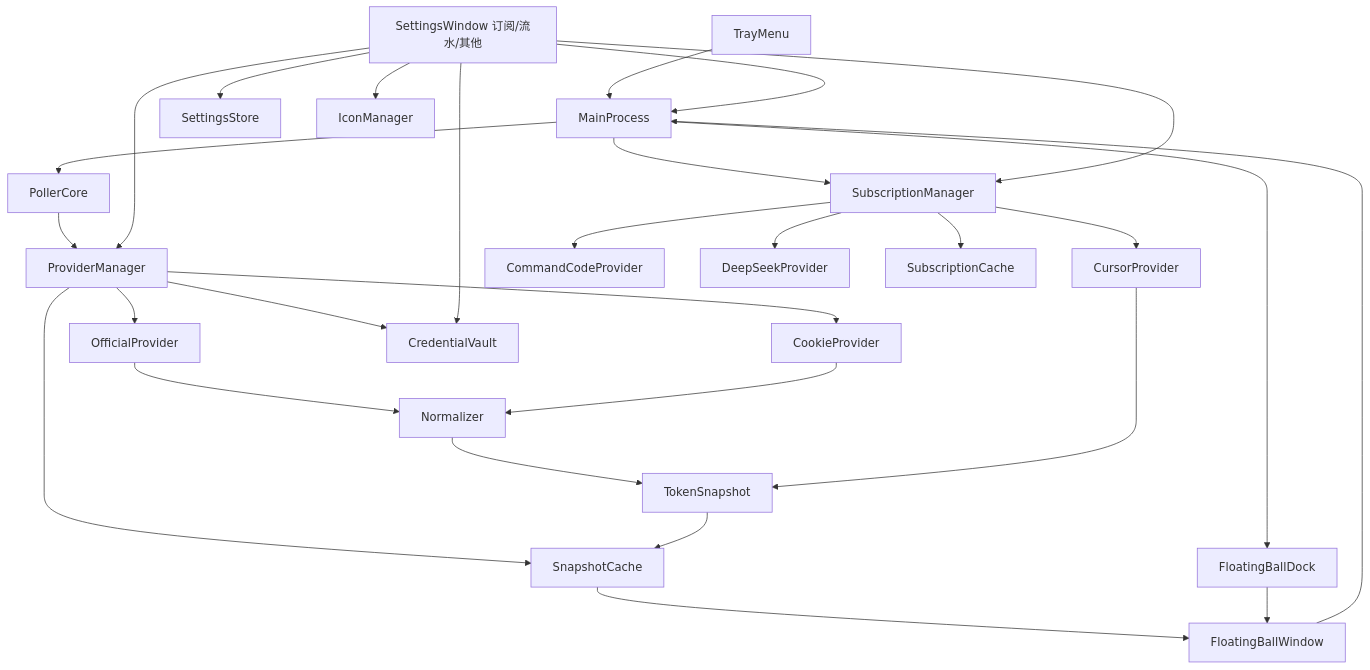
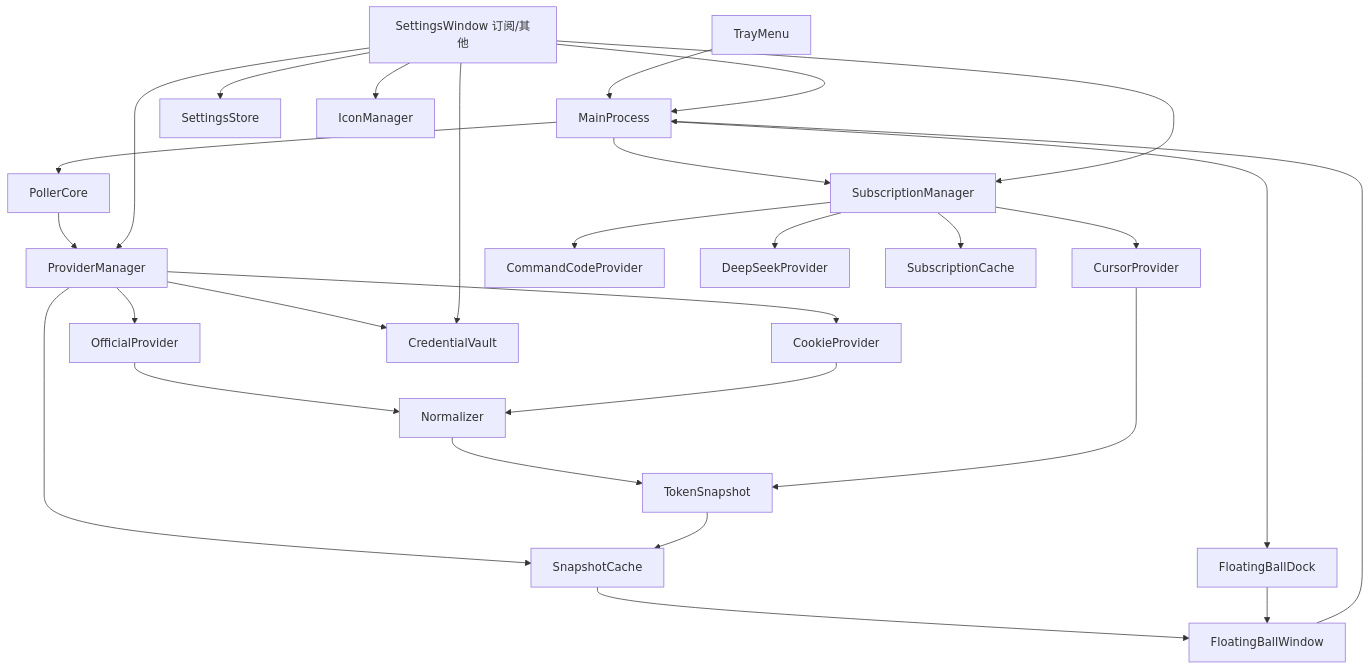
One commit to awaker1996/cursor_monitor changed the diagram in README.md. Above: the diagram before and after it, drawn with Mermaid. The commit also changed other lines of this file and 40 other files, not shown here.

````diff
--- a/README.md
+++ b/README.md
@@ -246,30 +231,30 @@
 ```mermaid
 flowchart TD
     trayMenu[TrayMenu] --> mainProcess[MainProcess]
     floatingBall[FloatingBallWindow] --> mainProcess
-    settingsWindow[SettingsWindow 订阅/流水/其他] --> mainProcess
+    settingsWindow[SettingsWindow 订阅/其他] --> mainProcess
     mainProcess --> pollerCore[PollerCore]
     pollerCore --> providerManager[ProviderManager]
     providerManager --> officialProvider[OfficialProvider]
     providerManager --> cookieProvider[CookieProvider]
     providerManager --> snapshotCache[SnapshotCache]
     officialProvider --> normalizer[Normalizer]
     cookieProvider --> normalizer
     normalizer --> tokenSnapshot[TokenSnapshot]
     tokenSnapshot --> snapshotCache
     snapshotCache --> floatingBall
     mainProcess --> subscriptionManager[SubscriptionManager]
     subscriptionManager --> cursorProvider[CursorProvider]
     subscriptionManager --> commandCodeProvider[CommandCodeProvider]
     subscriptionManager --> deepSeekProvider[DeepSeekProvider]
     subscriptionManager --> subscriptionCache[SubscriptionCache]
     cursorProvider --> tokenSnapshot
     providerManager --> credentialVault[CredentialVault]
     settingsWindow --> credentialVault
     settingsWindow --> settingsStore[SettingsStore]
     settingsWindow --> iconManager[IconManager]
     settingsWindow --> providerManager
     settingsWindow --> subscriptionManager
     mainProcess --> floatingBallDock[FloatingBallDock]
     floatingBallDock --> floatingBall
 ```
````
